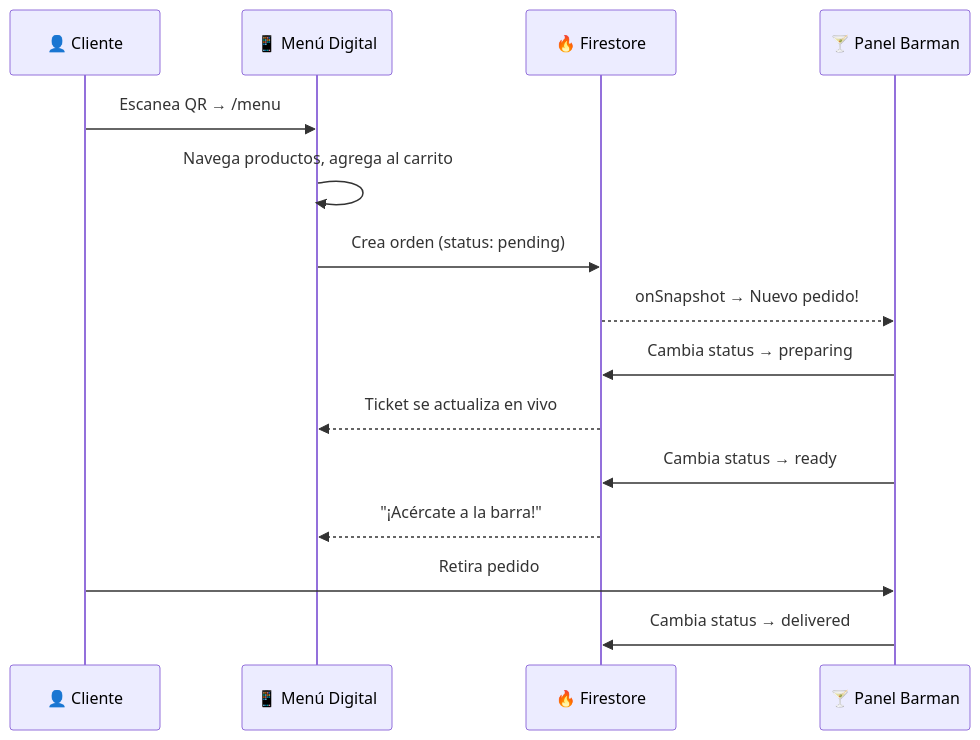
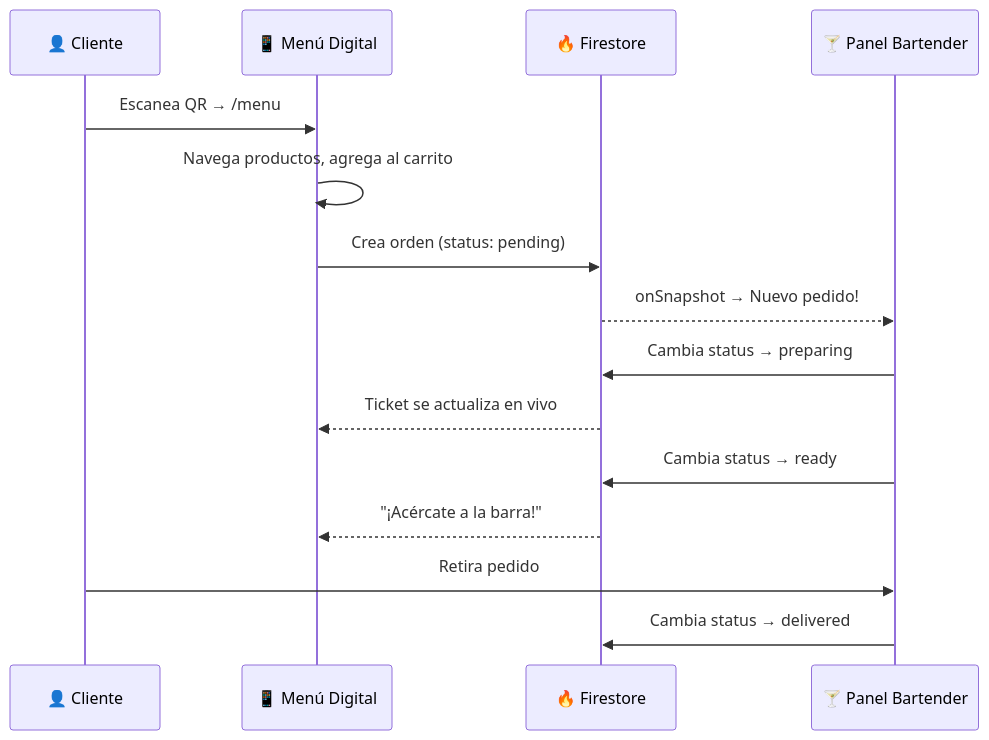
One commit to pauliihdarkness/flow-bar changed the diagram in README.md. Above: the diagram before and after it, drawn with Mermaid. The commit also changed other lines of this file, not shown here.

Commit message:
docs: Update "Barman" references to "Bartender" for consistency.

````diff
--- a/README.md
+++ b/README.md
@@ -151,18 +151,18 @@
 ```mermaid
 sequenceDiagram
     participant C as 👤 Cliente
     participant M as 📱 Menú Digital
     participant F as 🔥 Firestore
-    participant B as 🍸 Panel Barman
+    participant B as 🍸 Panel Bartender
 
     C->>M: Escanea QR → /menu
     M->>M: Navega productos, agrega al carrito
     M->>F: Crea orden (status: pending)
     F-->>B: onSnapshot → Nuevo pedido!
     B->>F: Cambia status → preparing
     F-->>M: Ticket se actualiza en vivo
     B->>F: Cambia status → ready
     F-->>M: "¡Acércate a la barra!"
     C->>B: Retira pedido
     B->>F: Cambia status → delivered
 ```
````
